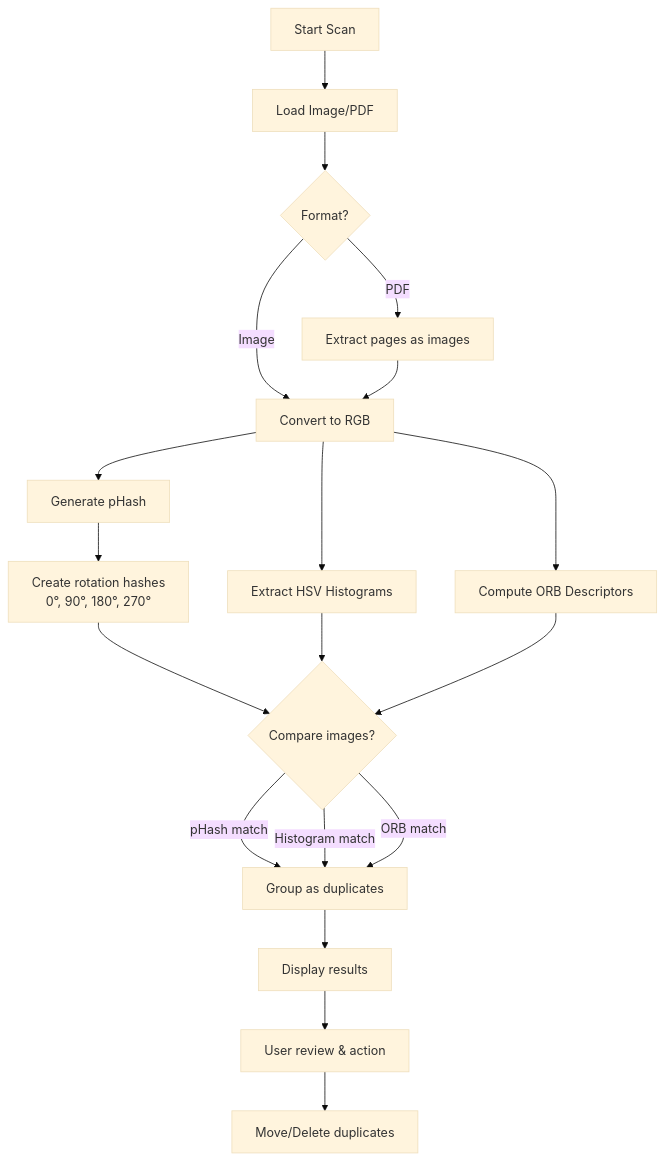
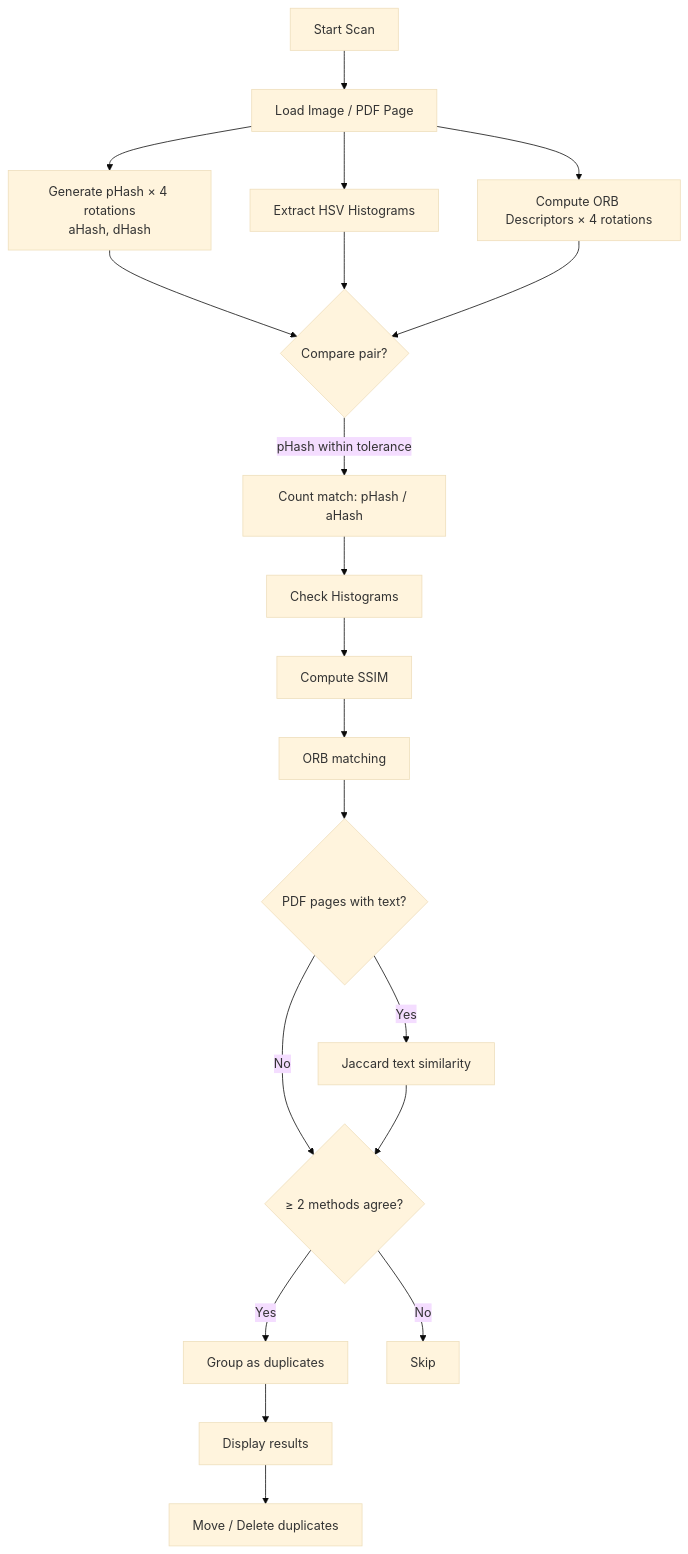
Before and after one commit to ephra1m9/Percepta: the first of 2 diagrams in README.md, drawn with Mermaid (base theme). The commit also changed other lines of this file, not shown here.

````diff
--- a/README.md
+++ b/README.md
@@ -132,21 +134,20 @@
 ```mermaid
 flowchart TD
-    A[Start Scan] --> B[Load Image/PDF]
-    B --> C{Format?}
-    C -->|Image| D[Convert to RGB]
-    C -->|PDF| E[Extract pages as images]
-    E --> D
-    D --> F[Generate pHash]
-    D --> G[Extract HSV Histograms]
-    D --> H[Compute ORB Descriptors]
-    F --> I[Create rotation hashes<br>0°, 90°, 180°, 270°]
-    I --> J{Compare images?}
-    G --> J
-    H --> J
-    J -->|pHash match| K[Group as duplicates]
-    J -->|Histogram match| K
-    J -->|ORB match| K
-    K --> L[Display results]
-    L --> M[User review & action]
-    M --> N[Move/Delete duplicates]
+    A[Start Scan] --> B[Load Image / PDF Page]
+    B --> C[Generate pHash × 4 rotations\naHash, dHash]
+    B --> D[Extract HSV Histograms]
+    B --> E[Compute ORB Descriptors × 4 rotations]
+    C & D & E --> F{Compare pair?}
+    F -->|pHash within tolerance| G[Count match: pHash / aHash]
+    G --> H[Check Histograms]
+    H --> I[Compute SSIM]
+    I --> J[ORB matching]
+    J --> K{PDF pages with text?}
+    K -->|Yes| L[Jaccard text similarity]
+    K -->|No| M
+    L --> M{≥ 2 methods agree?}
+    M -->|Yes| N[Group as duplicates]
+    M -->|No| O[Skip]
+    N --> P[Display results]
+    P --> Q[Move / Delete duplicates]
 ```
````
